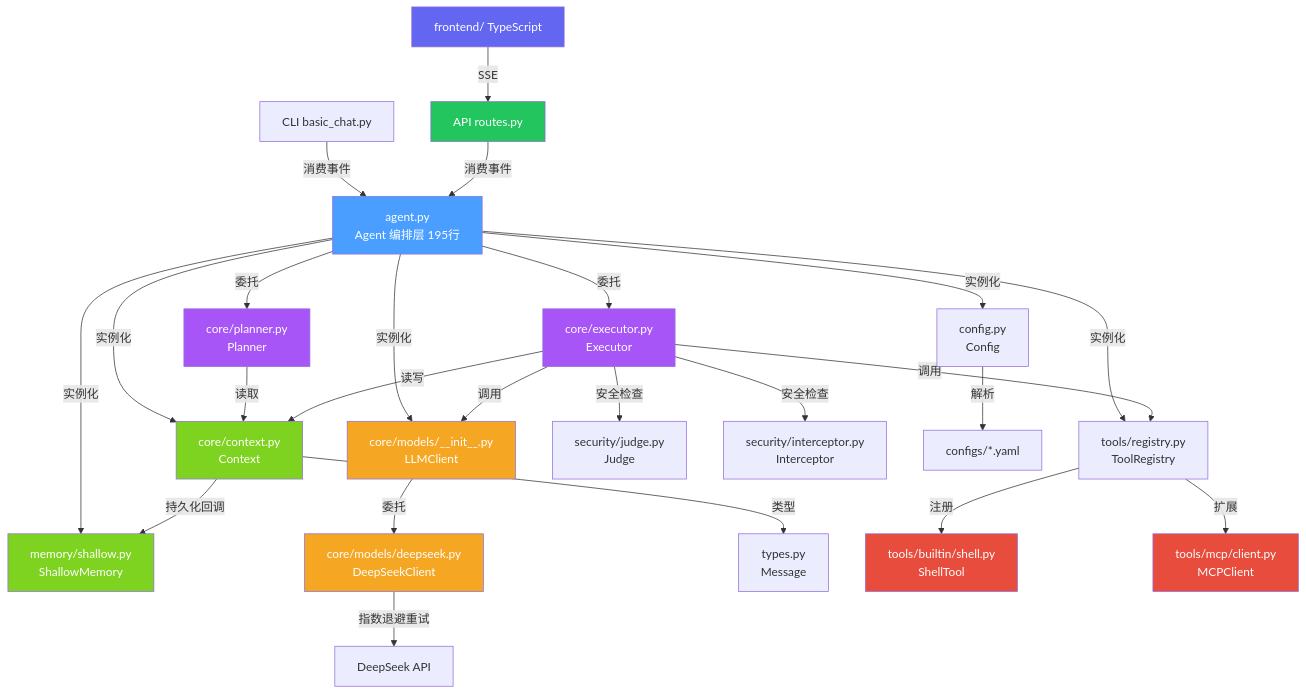
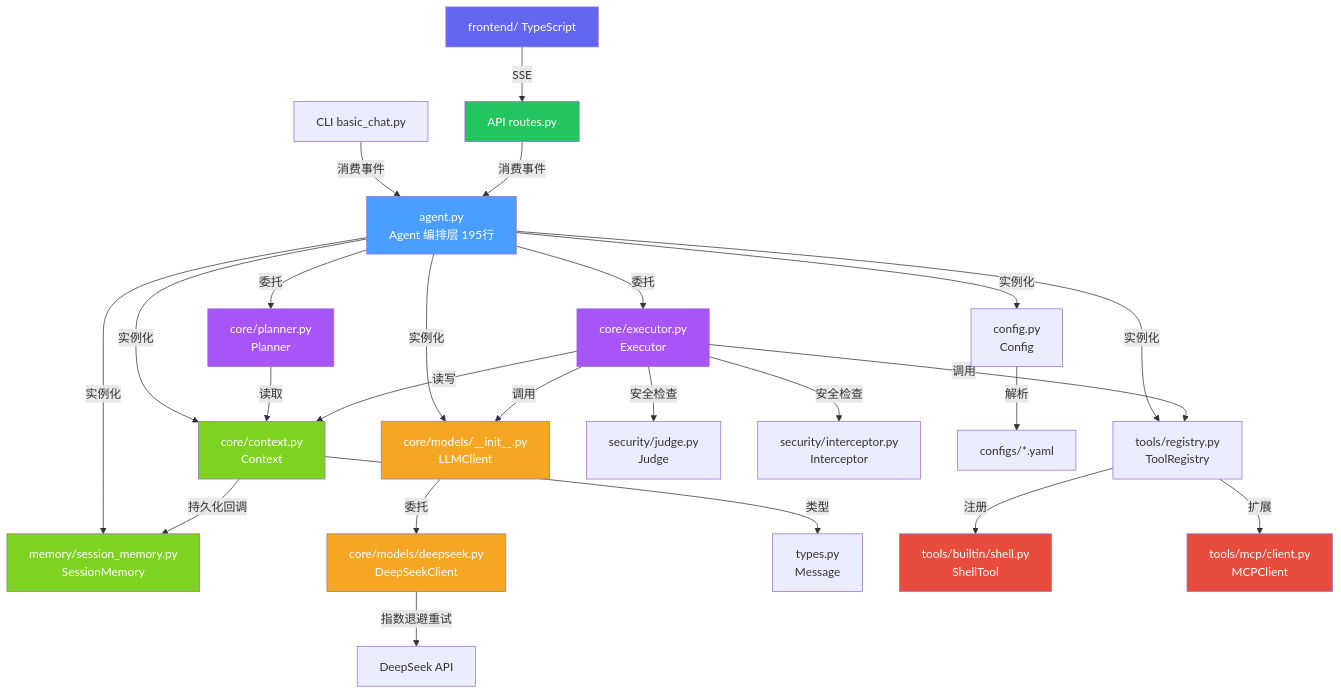
Before and after one commit to QAQ-awa-QAQ/sump: the diagram in docs/architecture/call_graph.md, drawn with Mermaid. The commit also changed other lines of this file and 20 other files, not shown here.

````diff
--- a/docs/architecture/call_graph.md
+++ b/docs/architecture/call_graph.md
@@ -43,43 +43,43 @@
 ```mermaid
 graph TD
     A[agent.py<br/>Agent 编排层 195行] -->|实例化| CFG[config.py<br/>Config]
     A -->|实例化| CTX[core/context.py<br/>Context]
     A -->|实例化| LLM[core/models/__init__.py<br/>LLMClient]
     A -->|实例化| REG[tools/registry.py<br/>ToolRegistry]
-    A -->|实例化| MEM[memory/shallow.py<br/>ShallowMemory]
+    A -->|实例化| MEM[memory/session_memory.py<br/>SessionMemory]
     A -->|委托| PL[core/planner.py<br/>Planner]
     A -->|委托| EX[core/executor.py<br/>Executor]
 
     PL -->|读取| CTX
     EX -->|调用| LLM
     EX -->|读写| CTX
     EX -->|调用| REG
     EX -->|安全检查| JDG[security/judge.py<br/>Judge]
     EX -->|安全检查| ICP[security/interceptor.py<br/>Interceptor]
 
     LLM -->|委托| DS[core/models/deepseek.py<br/>DeepSeekClient]
     DS -->|指数退避重试| API[DeepSeek API]
 
     CTX -->|类型| T[types.py<br/>Message]
     CTX -->|持久化回调| MEM
     CFG -->|解析| YAML[configs/*.yaml]
 
     REG -->|注册| ST[tools/builtin/shell.py<br/>ShellTool]
     REG -->|扩展| MCP[tools/mcp/client.py<br/>MCPClient]
 
     CLI[CLI basic_chat.py] -->|消费事件| A
     WEB[API routes.py] -->|消费事件| A
     FE[frontend/ TypeScript] -->|SSE| WEB
 
     style A fill:#4a9eff,color:#fff
     style PL fill:#a855f7,color:#fff
     style EX fill:#a855f7,color:#fff
     style LLM fill:#f5a623,color:#fff
     style DS fill:#f5a623,color:#fff
     style CTX fill:#7ed321,color:#fff
     style MEM fill:#7ed321,color:#fff
     style ST fill:#e74c3c,color:#fff
     style MCP fill:#e74c3c,color:#fff
     style FE fill:#6366F1,color:#fff
     style WEB fill:#22C55E,color:#fff
 ```
````
